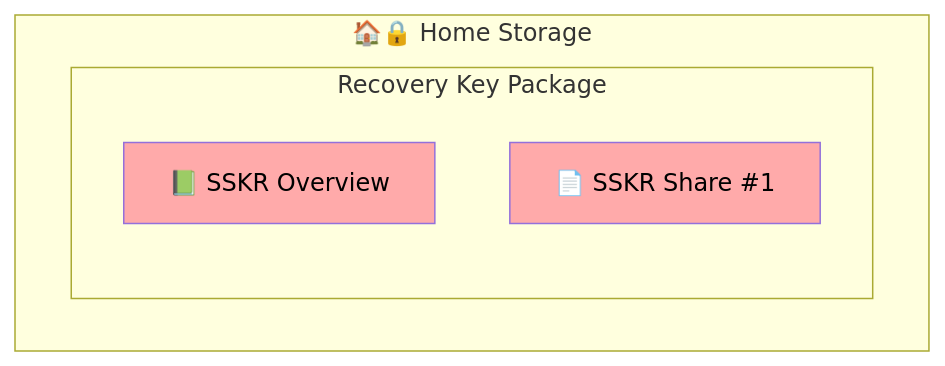
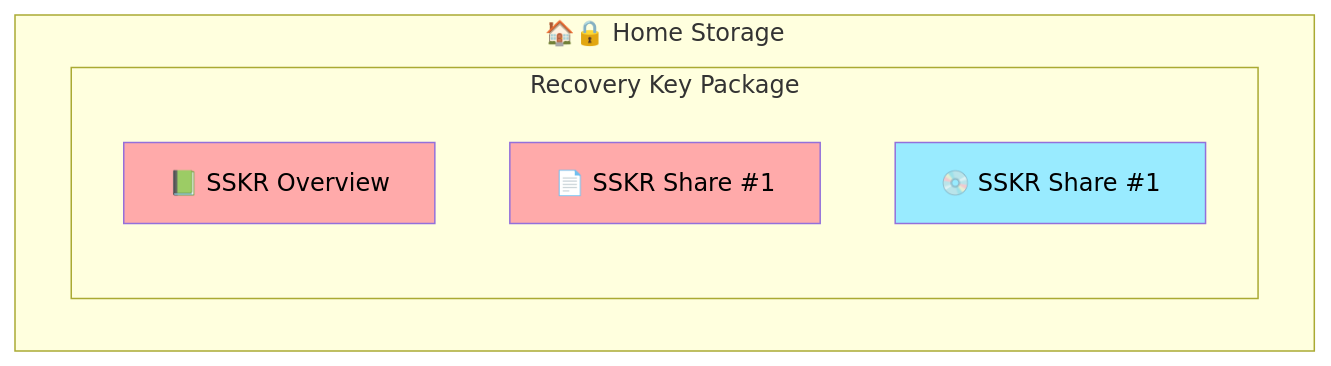
Diagram 15 of 31 in Docs/Scenario-Multisig.md (BlockchainCommons/SmartCustody), drawn with Mermaid before and after one commit. The commit also changed other lines of this file, not shown here.

````diff
--- a/Docs/Scenario-Multisig.md
+++ b/Docs/Scenario-Multisig.md
@@ -556,11 +556,13 @@
     ```mermaid
     graph TD
     subgraph home["🏠🔒 Home Storage"]
       subgraph "Recovery Key Package"
       A["📗 SSKR Overview"]
       B["📄 SSKR Share #1"]
+      B1["💿 SSKR Share #1"]
       end
     end
     style A color:#000,fill:#ffaaaa;
     style B color:#000,fill:#ffaaaa;
+    style B1 color:#000,fill:#99ebff;
     ```
````
